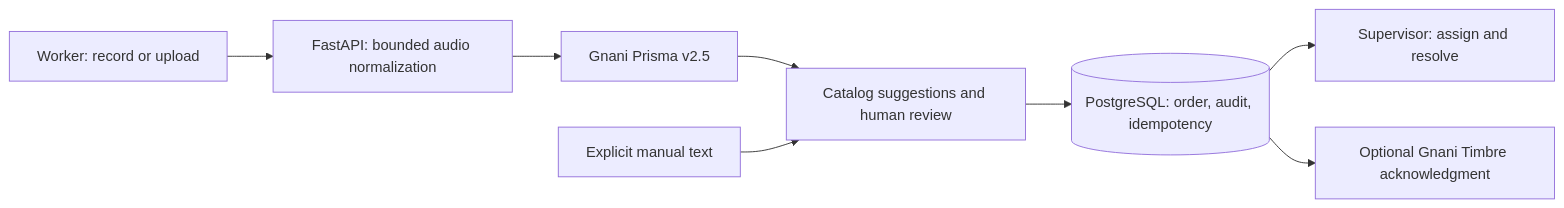
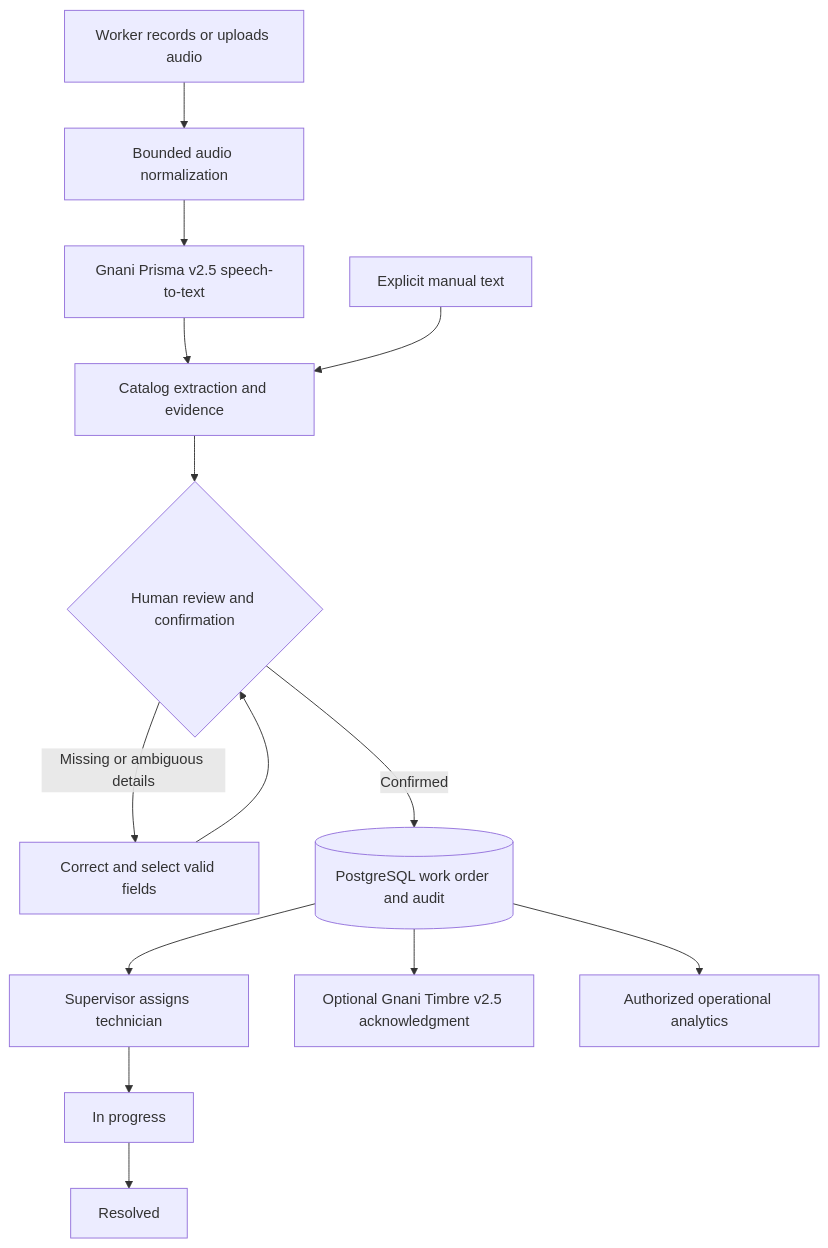
Before and after one commit to rdx644/FieldSarthi-AI: the diagram in README.md, drawn with Mermaid. The commit also changed other lines of this file, not shown here.

````diff
--- a/README.md
+++ b/README.md
@@ -174,10 +65,16 @@
 ```mermaid
-flowchart LR
-    W[Worker: record or upload] --> A[FastAPI: bounded audio normalization]
-    A --> G[Gnani Prisma v2.5]
-    G --> R[Catalog suggestions and human review]
-    M[Explicit manual text] --> R
-    R --> D[(PostgreSQL: order, audit, idempotency)]
-    D --> S[Supervisor: assign and resolve]
-    D --> T[Optional Gnani Timbre acknowledgment]
+flowchart TD
+    W[Worker records or uploads audio] --> N[Bounded audio normalization]
+    N --> G[Gnani Prisma v2.5 speech-to-text]
+    G --> E[Catalog extraction and evidence]
+    M[Explicit manual text] --> E
+    E --> R{Human review and confirmation}
+    R -->|Missing or ambiguous details| C[Correct and select valid fields]
+    C --> R
+    R -->|Confirmed| D[(PostgreSQL work order and audit)]
+    D --> S[Supervisor assigns technician]
+    S --> I[In progress]
+    I --> F[Resolved]
+    D --> T[Optional Gnani Timbre v2.5 acknowledgment]
+    D --> Q[Authorized operational analytics]
 ```
````
